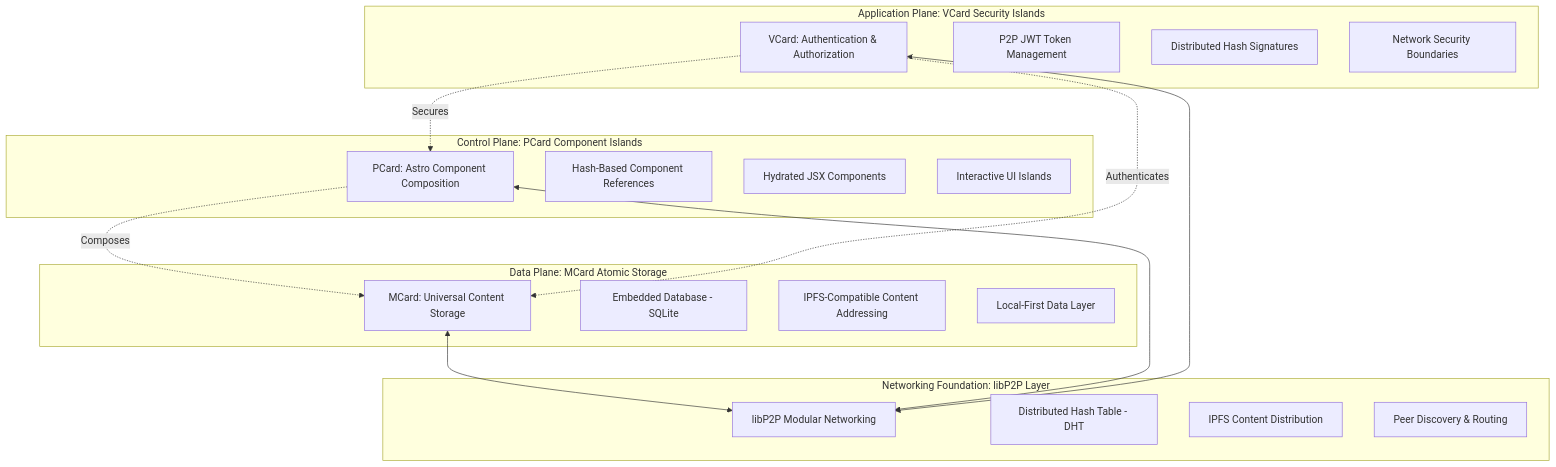
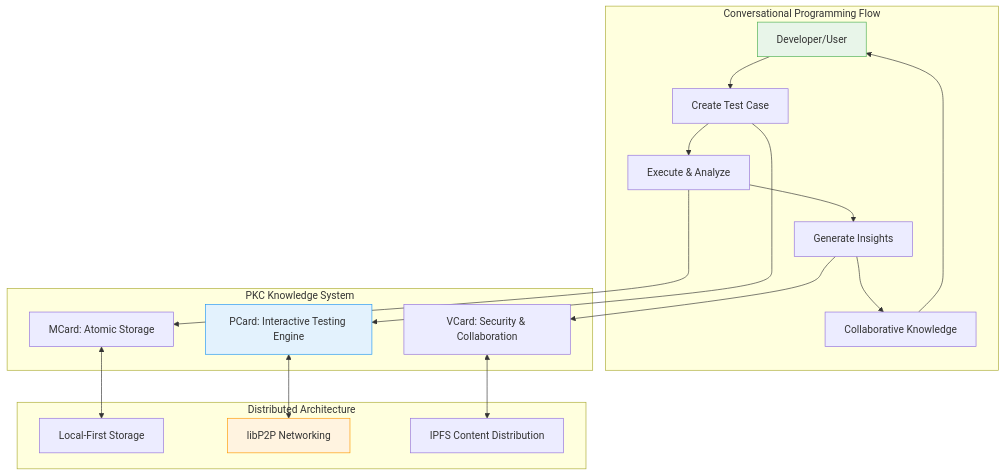
One commit to githubhenrykoo/PKC changed the diagram in README.md. Above: the diagram before and after it, drawn with Mermaid. The commit also changed other lines of this file and 4 other files, not shown here.

````diff
--- a/README.md
+++ b/README.md
@@ -21,37 +24,41 @@
 ```mermaid
+%%{init: {"flowchart": {"htmlLabels": true}}}%%
 graph TB
-    subgraph "Application Plane: VCard Security Islands"
-        V[VCard: Authentication & Authorization]
-        V1[P2P JWT Token Management]
-        V2[Distributed Hash Signatures]
-        V3[Network Security Boundaries]
+    subgraph "Conversational Programming Flow"
+        User[Developer/User]
+        TestCase[Create Test Case]
+        Execute[Execute & Analyze]
+        Learn[Generate Insights]
+        Share[Collaborative Knowledge]
     end
     
-    subgraph "Control Plane: PCard Component Islands"
-        P[PCard: Astro Component Composition]
-        P1[Hash-Based Component References]
-        P2[Hydrated JSX Components]
-        P3[Interactive UI Islands]
+    subgraph "PKC Knowledge System"
+        MCard[MCard: Atomic Storage]
+        PCard[PCard: Interactive Testing Engine]
+        VCard[VCard: Security & Collaboration]
     end
     
-    subgraph "Data Plane: MCard Atomic Storage"
-        M[MCard: Universal Content Storage]
-        M1[Embedded Database - SQLite]
-        M2[IPFS-Compatible Content Addressing]
-        M3[Local-First Data Layer]
+    subgraph "Distributed Architecture"
+        Local[Local-First Storage]
+        P2P[libP2P Networking]
+        IPFS[IPFS Content Distribution]
     end
     
-    subgraph "Networking Foundation: libP2P Layer"
-        N[libP2P Modular Networking]
-        N1[Distributed Hash Table - DHT]
-        N2[IPFS Content Distribution]
-        N3[Peer Discovery & Routing]
-    end
+    User --> TestCase
+    TestCase --> Execute
+    Execute --> Learn
+    Learn --> Share
+    Share --> User
     
-    V -.->|Secures| P
-    P -.->|Composes| M
-    V -.->|Authenticates| M
-    M <--> N
-    P <--> N
-    V <--> N
+    TestCase --> PCard
+    Execute --> MCard
+    Learn --> VCard
+    
+    MCard <--> Local
+    PCard <--> P2P
+    VCard <--> IPFS
+    
+    style User fill:#e8f5e9,stroke:#4caf50
+    style PCard fill:#e3f2fd,stroke:#2196f3
+    style P2P fill:#fff3e0,stroke:#ff9800
 ```
````
